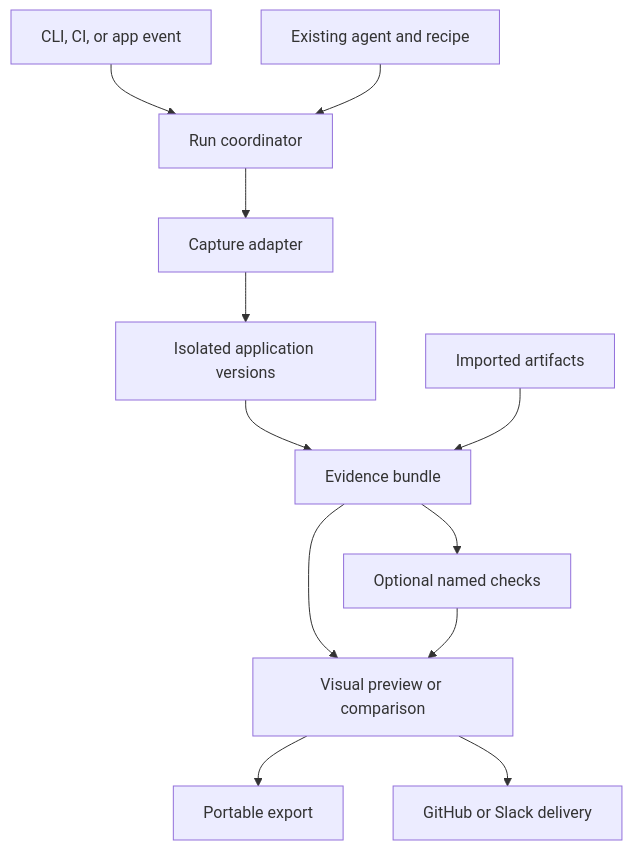
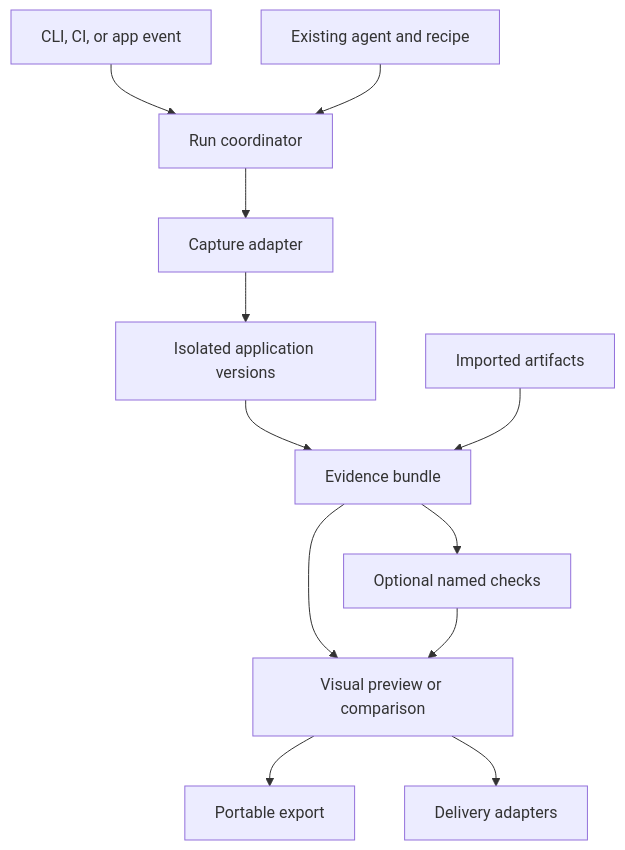
The first of 2 diagrams in docs/ARCHITECTURE.md (actions-marketplace-validations/esau-morais_observed), drawn with Mermaid before and after one commit. The commit also changed other lines of this file and 10 other files, not shown here.

First line of the commit message:
feat(action): post failing results to Discord, and plan GitLab and Azure DevOps delivery (#87)

````diff
--- a/docs/ARCHITECTURE.md
+++ b/docs/ARCHITECTURE.md
@@ -13,14 +13,14 @@
 ```mermaid
 flowchart TD
     T["CLI, CI, or app event"] --> C["Run coordinator"]
     A["Existing agent and recipe"] --> C
     C --> P["Capture adapter"]
     P --> I["Isolated application versions"]
     I --> E["Evidence bundle"]
     X["Imported artifacts"] --> E
     E --> V["Visual preview or comparison"]
     E --> K["Optional named checks"]
     K --> V
     V --> R["Portable export"]
-    V --> D["GitHub or Slack delivery"]
+    V --> D["Delivery adapters"]
 ```
````
